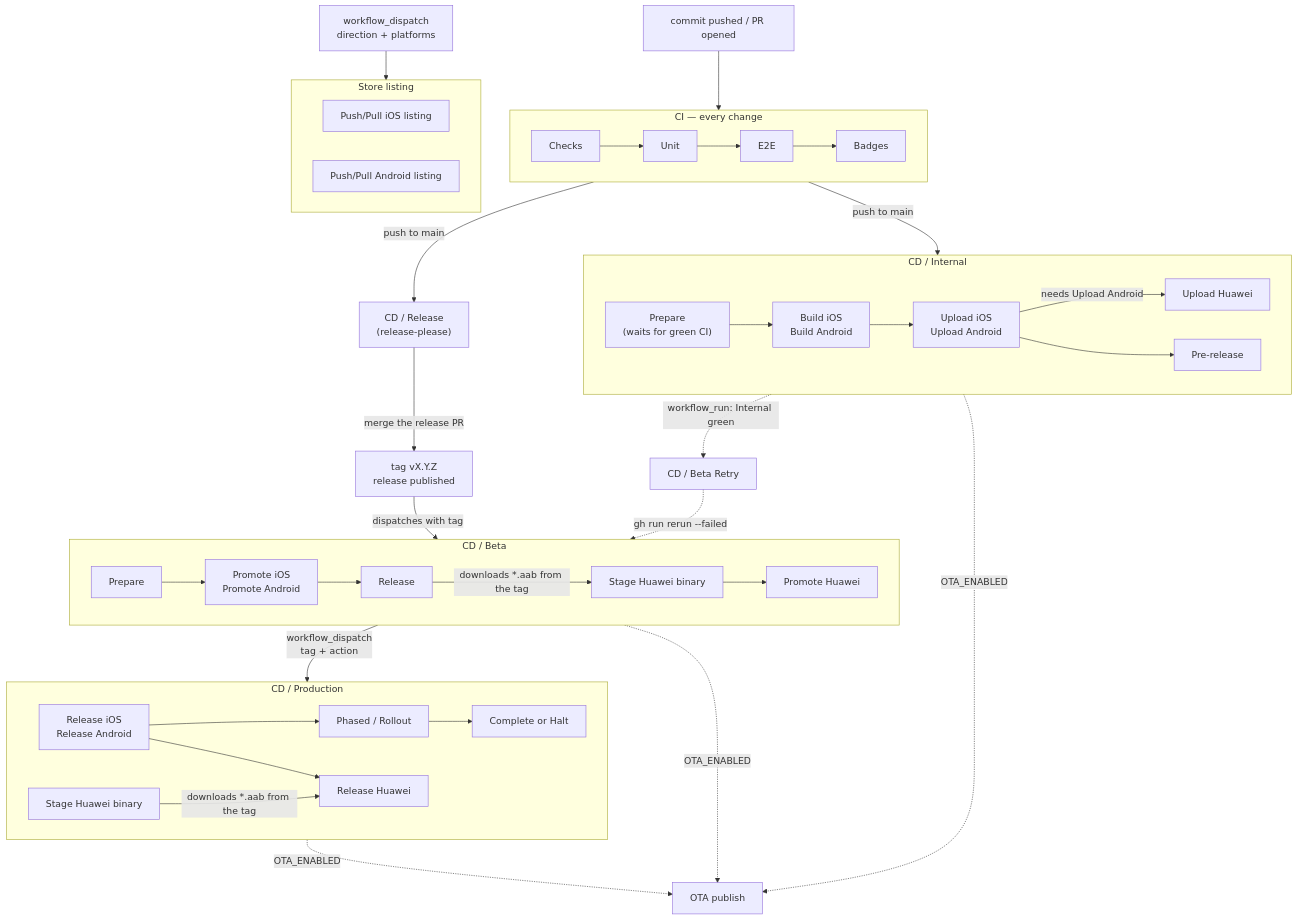
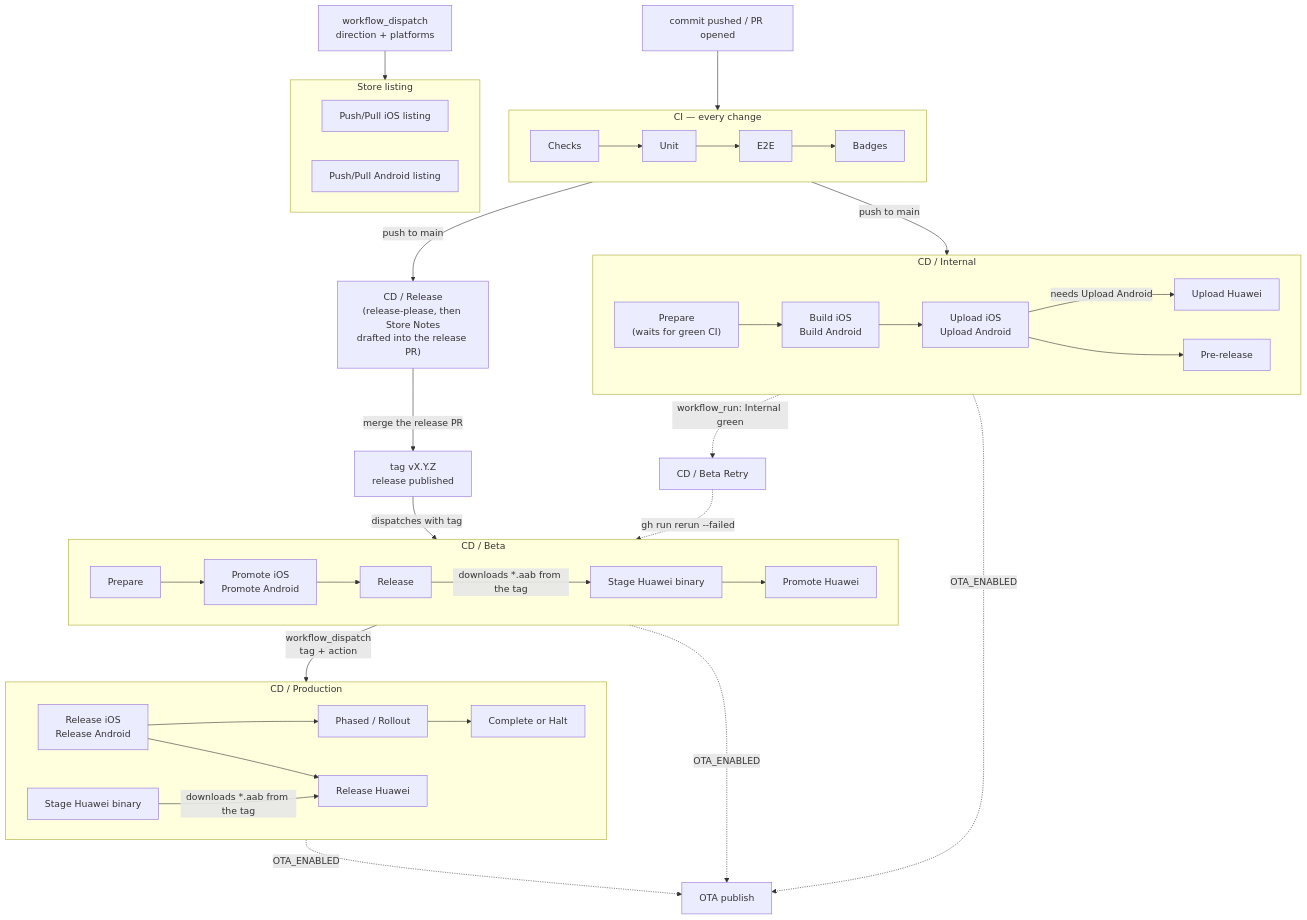
The diagram in docs/ci.md (blinkbitcoin/react-native-mobile-template), drawn with Mermaid before and after one commit. The commit also changed other lines of this file and 14 other files, not shown here.

First line of the commit message:
feat(ci): draft the store notes into the release PR and take the LLM out of the CD lanes (#57)

````diff
--- a/docs/ci.md
+++ b/docs/ci.md
@@ -23,54 +23,54 @@
 ```mermaid
 flowchart TD
   commit["commit pushed / PR opened"] --> CI
 
   subgraph CI["CI — every change"]
     direction LR
     checks["Checks"] --> unit["Unit"] --> e2e["E2E"] --> badges["Badges"]
   end
 
-  CI -->|"push to main"| rp["CD / Release<br/>(release-please)"]
+  CI -->|"push to main"| rp["CD / Release<br/>(release-please, then Store Notes<br/>drafted into the release PR)"]
   CI -->|"push to main"| internal
 
   subgraph internal["CD / Internal"]
     direction LR
     prep["Prepare<br/>(waits for green CI)"] --> builds["Build iOS<br/>Build Android"]
     builds --> up["Upload iOS<br/>Upload Android"]
     up -->|"needs Upload Android"| uphuawei["Upload Huawei"]
     up --> pre["Pre-release"]
   end
 
   rp -->|"merge the release PR"| tag["tag vX.Y.Z<br/>release published"]
   tag -->|"dispatches with tag"| beta
 
   subgraph beta["CD / Beta"]
     direction LR
     bprep["Prepare"] --> promote["Promote iOS<br/>Promote Android"] --> brel["Release"]
     brel -->|"downloads *.aab from the tag"| bbin["Stage Huawei binary"]
     bbin --> bhuawei["Promote Huawei"]
   end
 
   internal -.->|"workflow_run: Internal green"| retry["CD / Beta Retry"]
   retry -.->|"gh run rerun --failed"| beta
 
   beta -->|"workflow_dispatch<br/>tag + action"| prod
 
   subgraph prod["CD / Production"]
     direction LR
     rel["Release iOS<br/>Release Android"] --> roll["Phased / Rollout"] --> done["Complete or Halt"]
     pbin["Stage Huawei binary"] -->|"downloads *.aab from the tag"| phuawei["Release Huawei"]
     rel --> phuawei
   end
 
   listing["workflow_dispatch<br/>direction + platforms"] --> sm
 
   subgraph sm["Store listing"]
     direction LR
     smios["Push/Pull iOS listing"]
     smandroid["Push/Pull Android listing"]
   end
 
   pre -.->|"OTA_ENABLED"| ota["OTA publish"]
   brel -.->|"OTA_ENABLED"| ota
   prod -.->|"OTA_ENABLED"| ota
 ```
````
